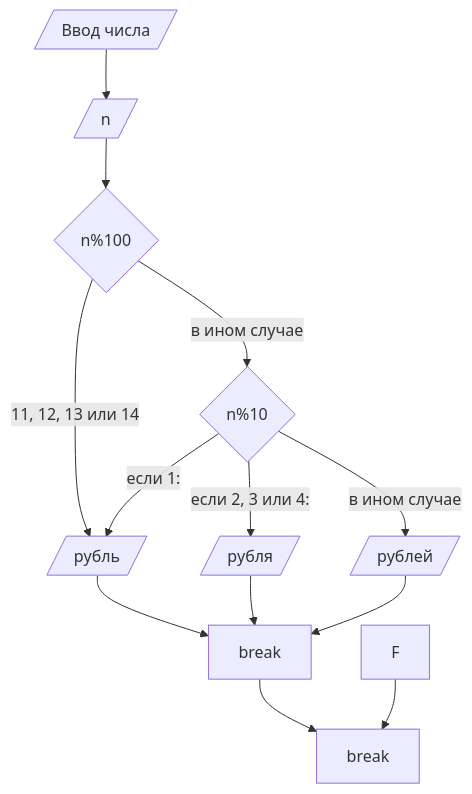
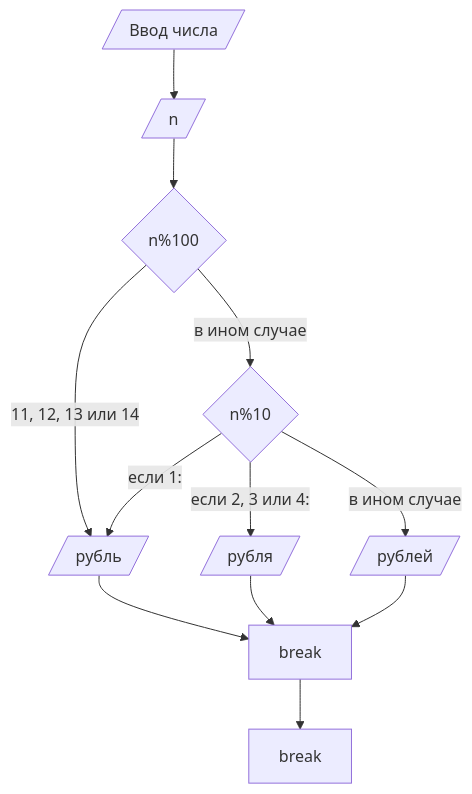
Before and after one commit to Lendic42/homework7: the diagram in README.md, drawn with Mermaid.

````diff
--- a/README.md
+++ b/README.md
@@ -9,17 +9,17 @@
 ```mermaid
 flowchart TD
     C[/"Ввод числа"/]
     C --> D[/"n"/]
     D --> E{"n%100"}
     E -->|"11, 12, 13 или 14"| H[/"рубль"/]
     E -->|"в ином случае"| G{"n%10"}
     G -->|"если 1:"| H[/"рубль"/]
     G -->|"если 2, 3 или 4:"| I[/"рубля"/]
     G -->|"в ином случае"| J[/"рублей"/]
     H --> K["break"]
     I --> K
     J --> K
     K --> L["break"]
-    F --> L
+
 
 ```
````
